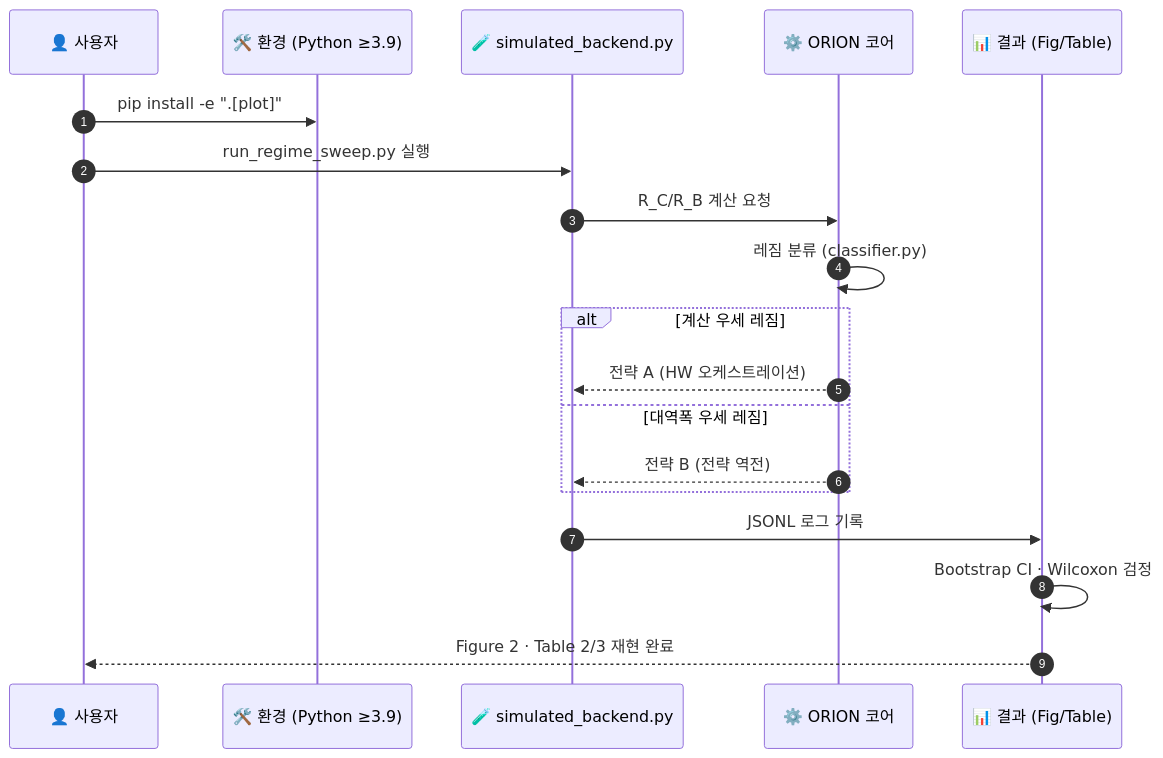
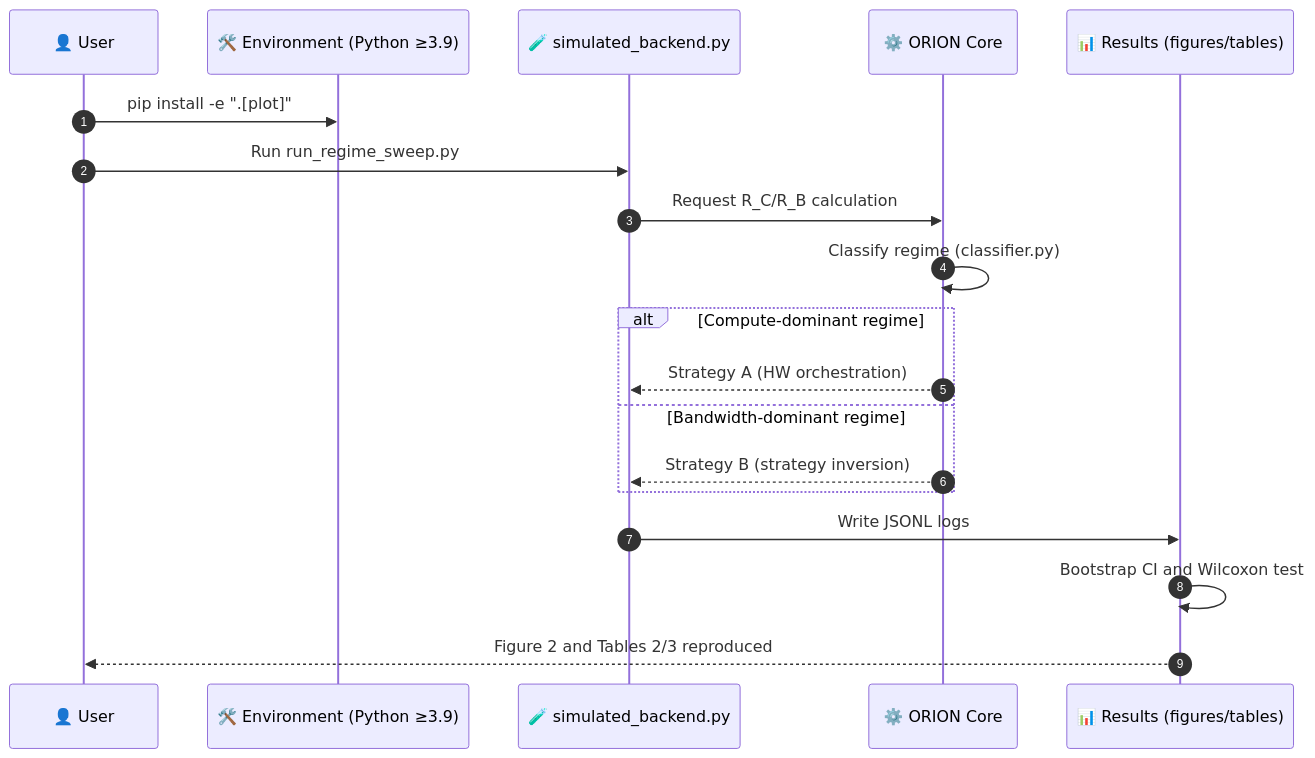
One commit to leemgs/orion changed the third of 3 diagrams in paper/README.md. Above: the diagram before and after it, drawn with Mermaid. The commit also changed other lines of this file, not shown here.

````diff
--- a/paper/README.md
+++ b/paper/README.md
@@ -92,22 +92,22 @@
 ```mermaid
 sequenceDiagram
     autonumber
-    participant U as 👤 사용자
-    participant Env as 🛠️ 환경 (Python ≥3.9)
+    participant U as 👤 User
+    participant Env as 🛠️ Environment (Python ≥3.9)
     participant Sim as 🧪 simulated_backend.py
-    participant Orion as ⚙️ ORION 코어
-    participant Out as 📊 결과 (Fig/Table)
+    participant Orion as ⚙️ ORION Core
+    participant Out as 📊 Results (figures/tables)
 
     U->>Env: pip install -e ".[plot]"
-    U->>Sim: run_regime_sweep.py 실행
-    Sim->>Orion: R_C/R_B 계산 요청
-    Orion->>Orion: 레짐 분류 (classifier.py)
-    alt 계산 우세 레짐
-        Orion-->>Sim: 전략 A (HW 오케스트레이션)
-    else 대역폭 우세 레짐
-        Orion-->>Sim: 전략 B (전략 역전)
+    U->>Sim: Run run_regime_sweep.py
+    Sim->>Orion: Request R_C/R_B calculation
+    Orion->>Orion: Classify regime (classifier.py)
+    alt Compute-dominant regime
+        Orion-->>Sim: Strategy A (HW orchestration)
+    else Bandwidth-dominant regime
+        Orion-->>Sim: Strategy B (strategy inversion)
     end
-    Sim->>Out: JSONL 로그 기록
-    Out->>Out: Bootstrap CI · Wilcoxon 검정
-    Out-->>U: Figure 2 · Table 2/3 재현 완료
+    Sim->>Out: Write JSONL logs
+    Out->>Out: Bootstrap CI and Wilcoxon test
+    Out-->>U: Figure 2 and Tables 2/3 reproduced
 ```
````
